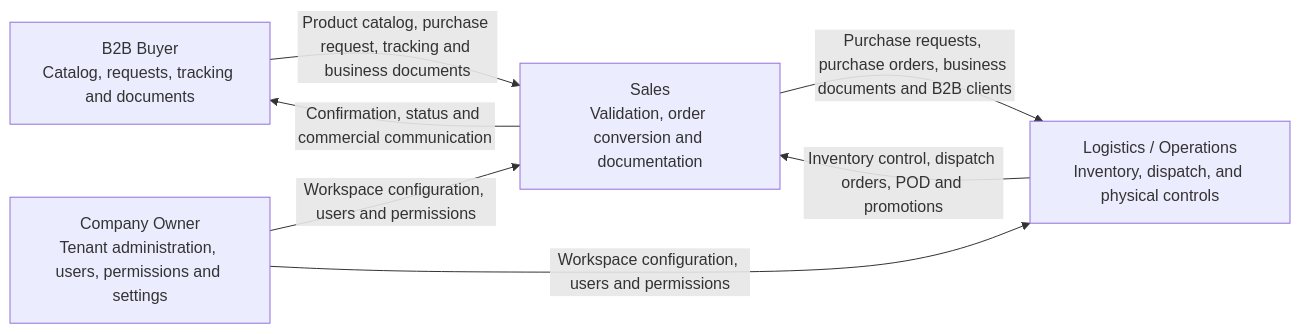
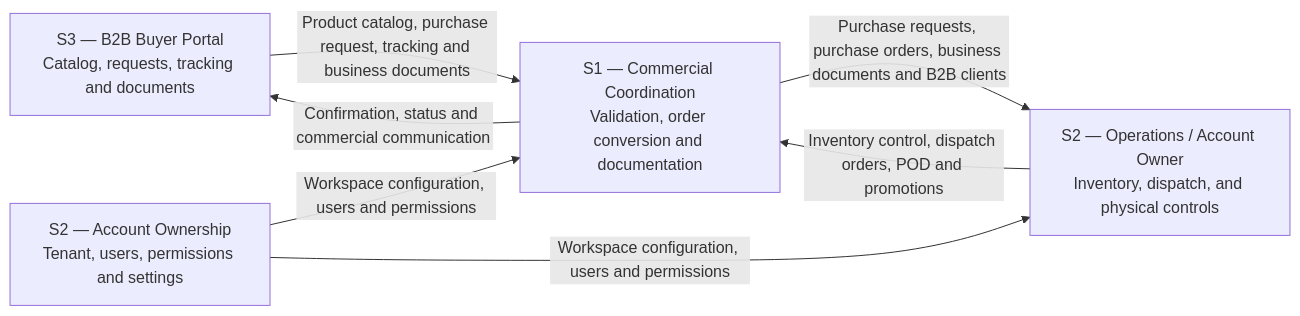
The first of 4 diagrams in report/10-chapter-1-introduction/1-3-target-segments.md (R0obxdnt-bit/nexa-ecosystem-report-v2), drawn with Mermaid before and after one commit. The commit also changed other lines of this file, not shown here.

````diff
--- a/report/10-chapter-1-introduction/1-3-target-segments.md
+++ b/report/10-chapter-1-introduction/1-3-target-segments.md
@@ -355,14 +28,14 @@
 ```mermaid
 flowchart LR
-    BUYER["B2B Buyer<br/>Catalog, requests, tracking and documents"]
-    SALES["Sales<br/>Validation, order conversion and documentation"]
-    OPS["Logistics / Operations<br/>Inventory, dispatch, and physical controls"]
-    OWNER["Company Owner<br/>Tenant administration, users, permissions and settings"]
+    BUYER["S3 — B2B Buyer Portal<br/>Catalog, requests, tracking and documents"]
+    SALES["S1 — Commercial Coordination<br/>Validation, order conversion and documentation"]
+    OPS["S2 — Operations / Account Owner<br/>Inventory, dispatch, and physical controls"]
+    OWNER["S2 — Account Ownership<br/>Tenant, users, permissions and settings"]
 
     BUYER -->|Product catalog, purchase request, tracking and business documents| SALES
     SALES -->|Purchase requests, purchase orders, business documents and B2B clients| OPS
     OPS -->|Inventory control, dispatch orders, POD and promotions| SALES
     SALES -->|Confirmation, status and commercial communication| BUYER
     OWNER -->|Workspace configuration, users and permissions| SALES
     OWNER -->|Workspace configuration, users and permissions| OPS
 ```
````
